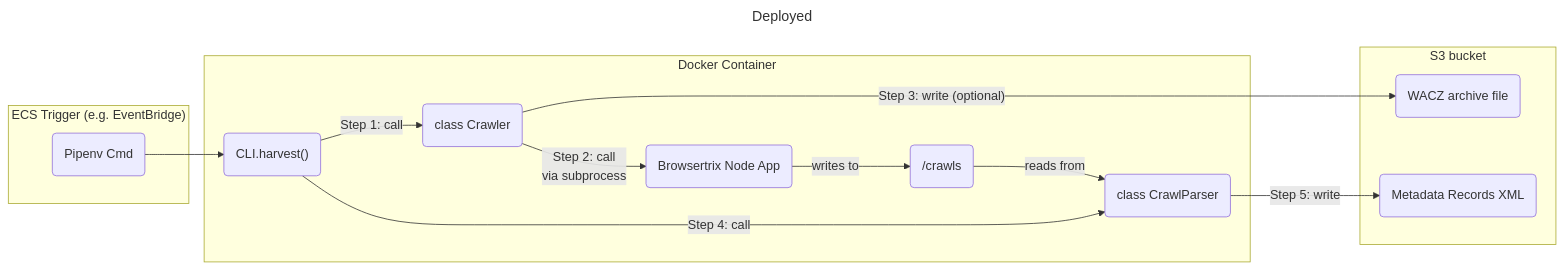
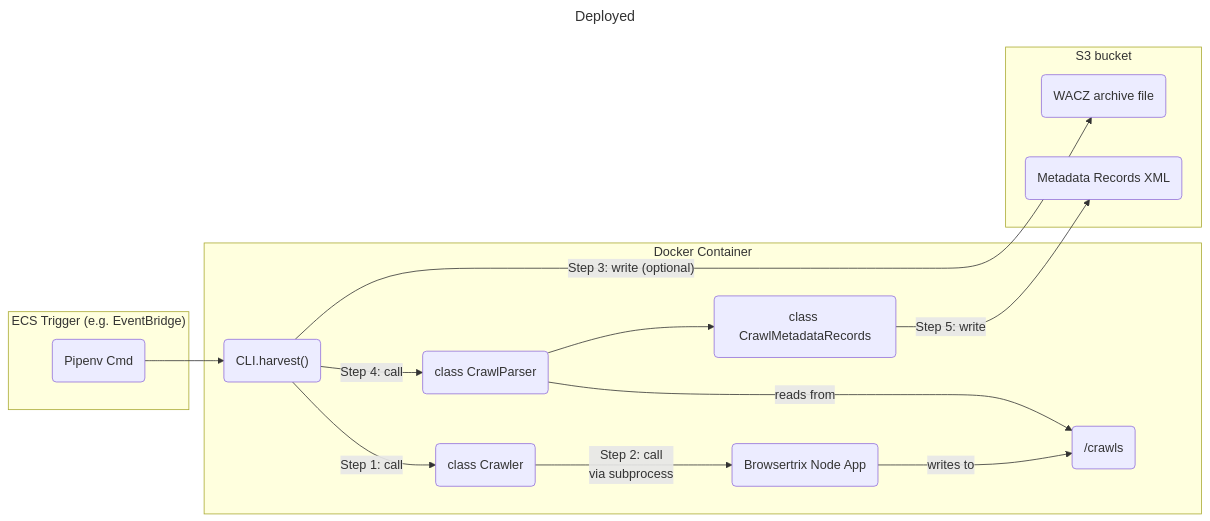
The third of 3 diagrams in docs/architecture.md (MITLibraries/browsertrix-harvester), drawn with Mermaid before and after one commit. The commit also changed other lines of this file and 9 other files, not shown here.

````diff
--- a/docs/architecture.md
+++ b/docs/architecture.md
@@ -87,46 +94,48 @@
 ```mermaid
 ---
 title: Deployed
 ---
 flowchart LR
     
     %% host machine
     pipenv_cmd("Pipenv Cmd")
     
     %% docker container
     cli_harvest("CLI.harvest()")
     crawler("class Crawler")
     parser("class CrawlParser")
+    metadata("class CrawlMetadataRecords")
     crawls_folder("/crawls")
     btrix("Browsertrix Node App")
     
     %% anywhere
     output_wacz("WACZ archive file")
     output_metadata("Metadata Records XML")
     
     
     pipenv_cmd --> cli_harvest
     
     subgraph "ECS Trigger (e.g. EventBridge)" 
         pipenv_cmd
     end
     
     subgraph Docker Container 
         btrix
         crawls_folder
         cli_harvest -->|Step 1: call| crawler
         crawler -->|Step 2: call\nvia subprocess| btrix        
         btrix -->|writes to| crawls_folder
         cli_harvest -->|Step 4: call| parser
-        crawls_folder -->|reads from| parser
+        parser -->|reads from| crawls_folder
+        parser --> metadata
     end
     
-    crawler -->|"Step 3: write (optional)"| output_wacz
-    parser -->|Step 5: write| output_metadata
+    cli_harvest -->|"Step 3: write (optional)"| output_wacz
+    metadata -->|Step 5: write| output_metadata
     
     subgraph S3 bucket
         output_wacz
         output_metadata
     end
     
 ```
````
